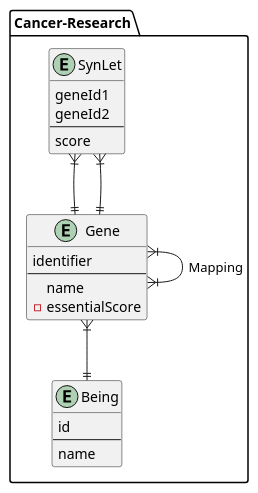
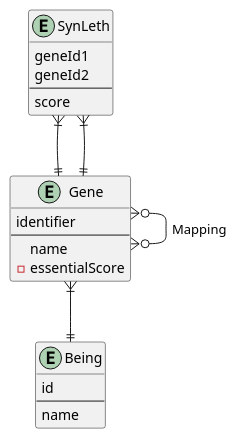
The diagram in asciidocs/plantuml/cancer.puml (aichingert/dbi-cancer-research), drawn with PlantUML before and after one commit. The commit also changed 8 other files, not shown here.

Commit message:
feat: add script to format data accordingly to erd

```diff
--- a/asciidocs/plantuml/cancer.puml
+++ b/asciidocs/plantuml/cancer.puml
@@ -1,26 +1,24 @@
 @startuml
-package "Cancer-Research" {
-  Entity Gene {
-    identifier
-    --
-    name
-    - essentialScore
-  }
-  Entity SynLet {
-    geneId1
-    geneId2
-    --
-    score
-  }
-  Entity Being {
-    id
-    --
-    name
-  }
-  
-  Gene }|--|| Being
-  SynLet }|--|| Gene
-  SynLet }|--|| Gene
-  Gene }|--|{ Gene : Mapping
+Entity Gene {
+  identifier
+  --
+  name
+  - essentialScore
 }
+Entity SynLeth {
+  geneId1
+  geneId2
+  --
+  score
+}
+Entity Being {
+  id
+  --
+  name
+}
+
+Gene }|--|| Being
+SynLeth }|--|| Gene
+SynLeth }|--|| Gene
+Gene }o--o{ Gene : Mapping
 @enduml
```
